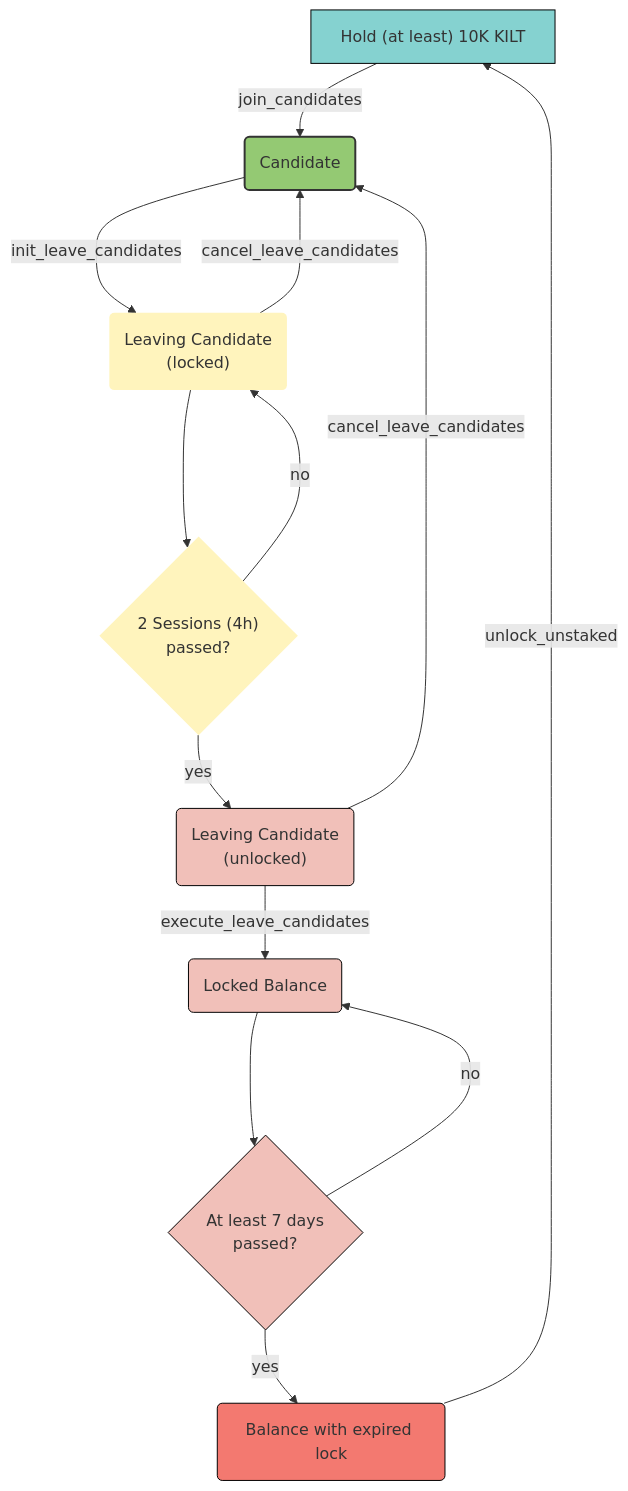
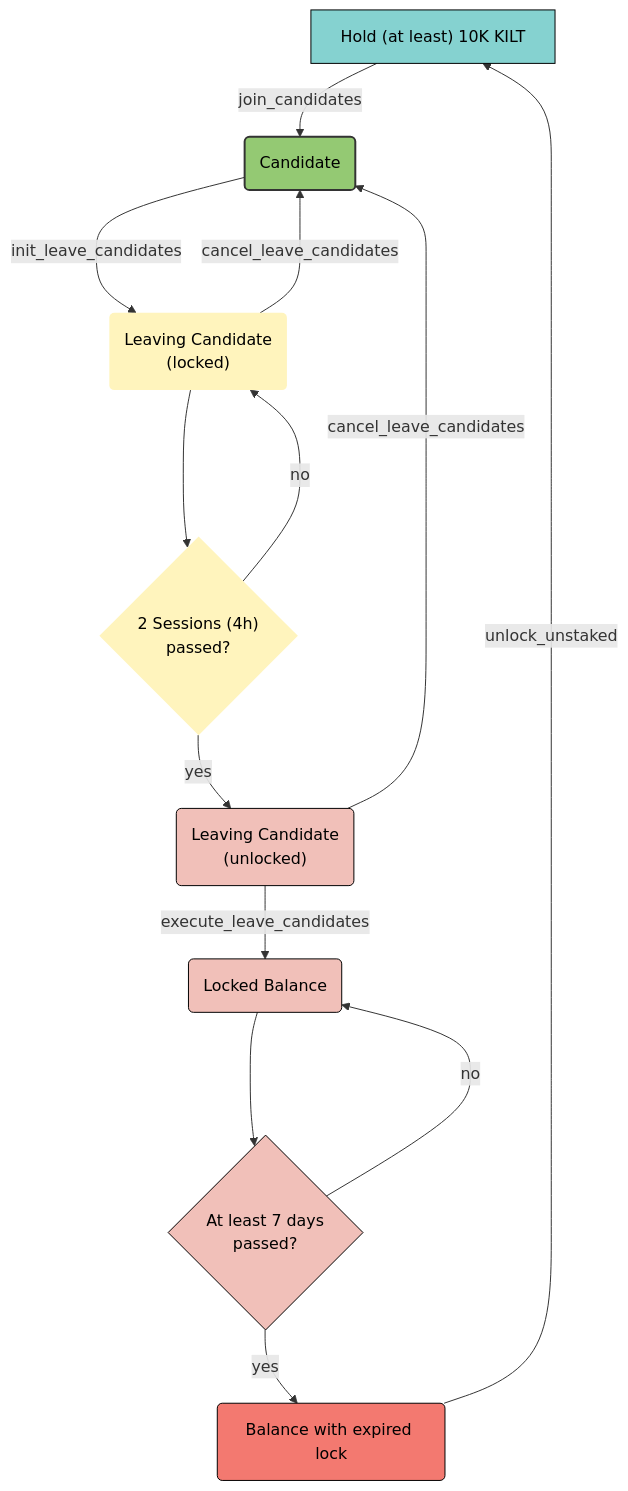
One commit to KILTprotocol/docs changed the diagram in docs/participate/01_staking/02_advanced_collator_section/03_collator_lifecycle.md. Above: the diagram before and after it, drawn with Mermaid. The commit also changed 8 other files, not shown here.

First line of the commit message:
update docusaurus & remove mermaid

````diff
--- a/docs/participate/01_staking/02_advanced_collator_section/03_collator_lifecycle.md
+++ b/docs/participate/01_staking/02_advanced_collator_section/03_collator_lifecycle.md
@@ -11,32 +11,32 @@
 ```mermaid
 flowchart TD
     A["Hold (at least) 10K KILT"] -->|join_candidates| B(Candidate)
     B --->|init_leave_candidates|I("Leaving Candidate\n(locked)")
     I ---> G{"2 Sessions (4h)\n passed?"}
     I -->|cancel_leave_candidates|B
     G -->|no|I
     G -->|yes|H("Leaving Candidate\n(unlocked)")
     H -->|execute_leave_candidates|J("Locked Balance")
     H -->|cancel_leave_candidates|B
     J --->K{"At least 7 days\npassed?"}
     K -->|yes|L("Balance with expired lock")
     K -->|no|J
     L -->|unlock_unstaked|A
 
     %% style assignment
     A:::unstakedFreeKilt
     B:::activeCollator
     I:::leavingLocked
     G:::leavingLocked
     H:::leavingUnlocked
     J:::leavingUnlocked
     K:::leavingUnlocked
     L:::stakedReleasableKilt
 
     %% style definition
-    classDef leavingLocked fill:#FFF4BD,stroke:none;
-    classDef leavingUnlocked fill:#F1C0B9, stroke:black, stroke-width:1px;;
-    classDef unstakedFreeKilt fill:#85D2D0,stroke:black, stroke-width:1px;
-    classDef activeCollator fill:#94C973,stroke:#333, stroke-width:2px;
-    classDef stakedReleasableKilt fill:#F37970, stroke:black;
+    classDef leavingLocked fill:#FFF4BD, stroke:none, color:black;
+    classDef leavingUnlocked fill:#F1C0B9, stroke:black, stroke-width:1px, color:black;
+    classDef unstakedFreeKilt fill:#85D2D0, stroke:black, stroke-width:1px, color:black;
+    classDef activeCollator fill:#94C973, stroke:#333, stroke-width:2px, color:black;
+    classDef stakedReleasableKilt fill:#F37970, stroke:black, color:black;
 ```
````
